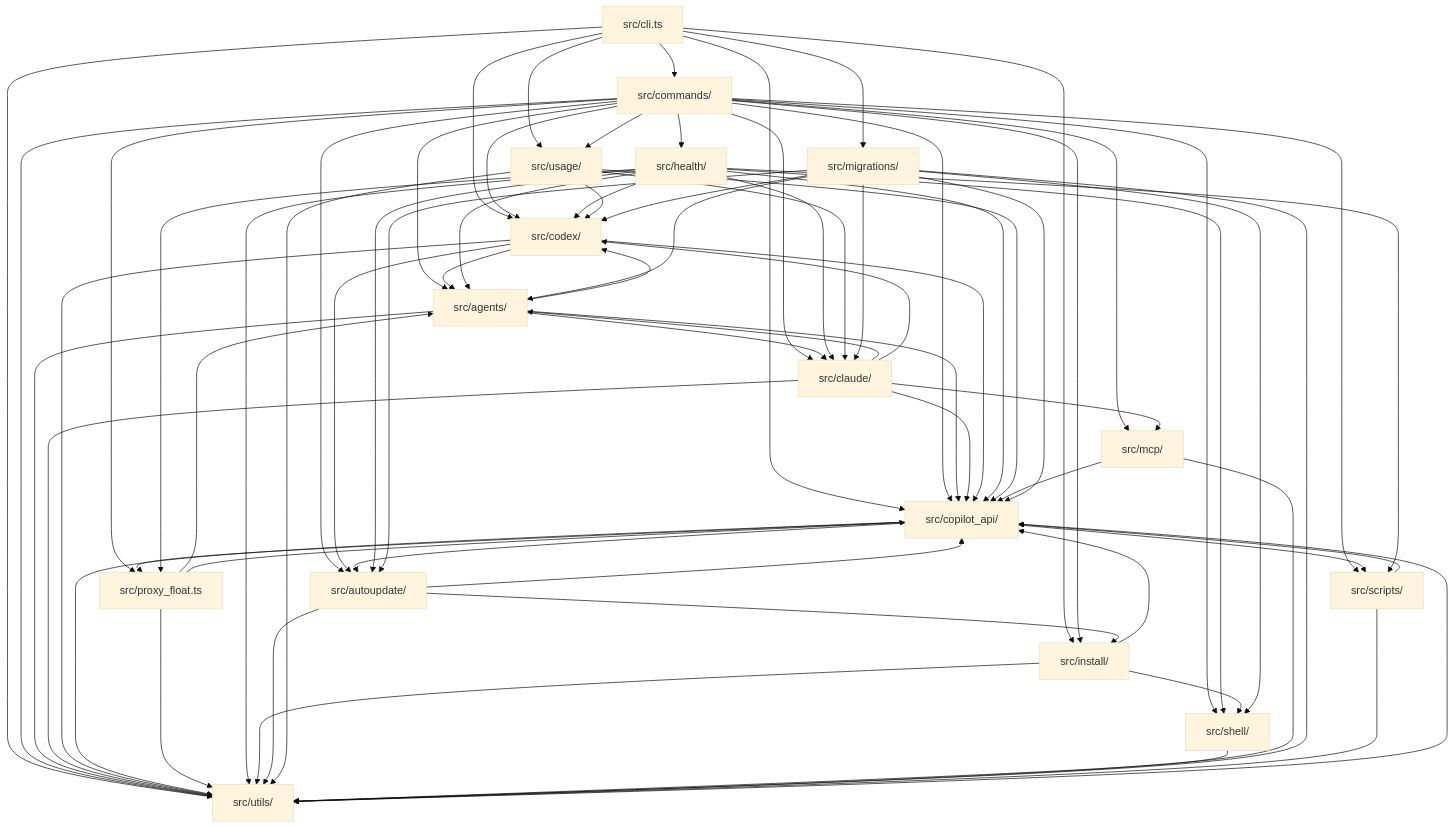
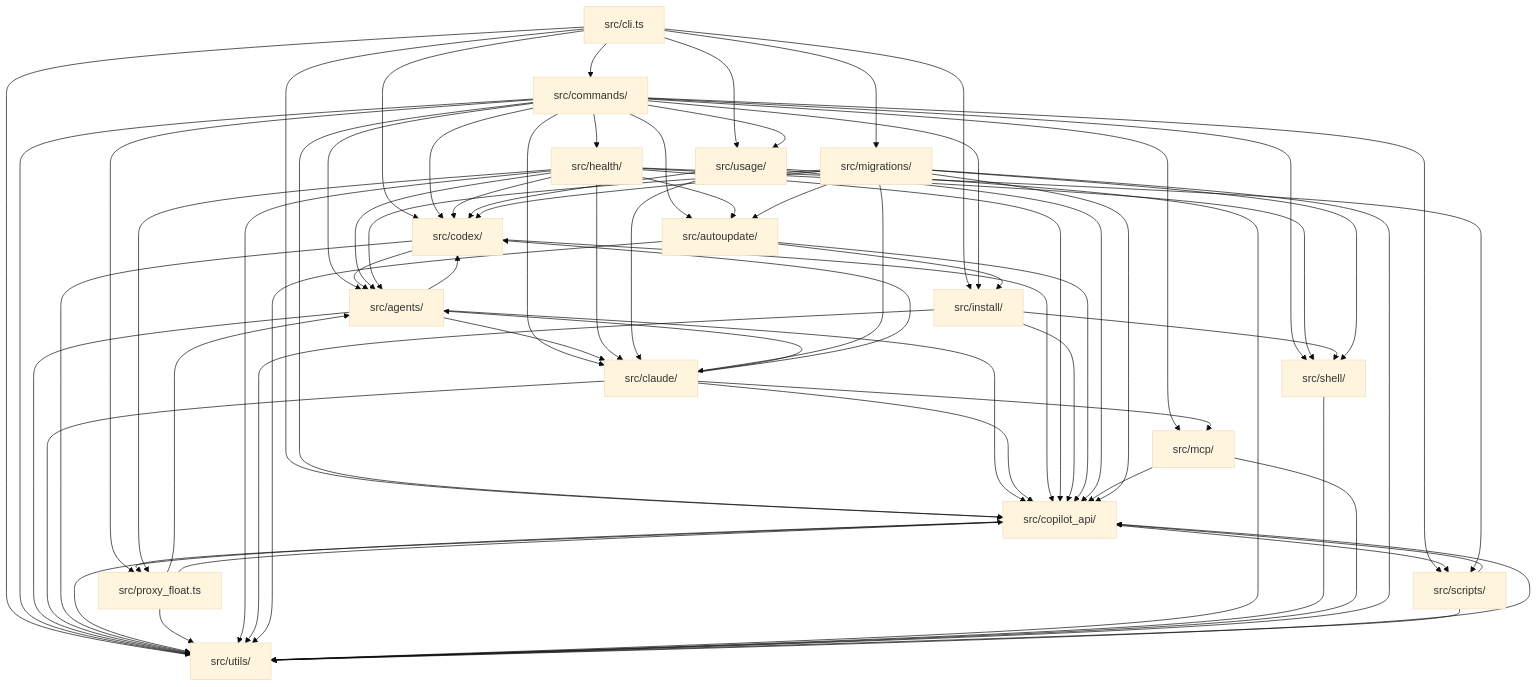
One commit to Vivswan/copilot-env changed the eighth of 8 diagrams in docs/architecture.md. Above: the diagram before and after it, drawn with Mermaid (base theme). The commit also changed 22 other files, not shown here.

```diff
--- a/docs/architecture.md
+++ b/docs/architecture.md
@@ -343,10 +343,8 @@
   claude --> mcp
   claude --> utils
   codex --> agents
-  codex --> autoupdate
   codex --> copilot_api
   codex --> utils
-  copilot_api --> autoupdate
   copilot_api --> proxy_float
   copilot_api --> scripts
   copilot_api --> utils
```
